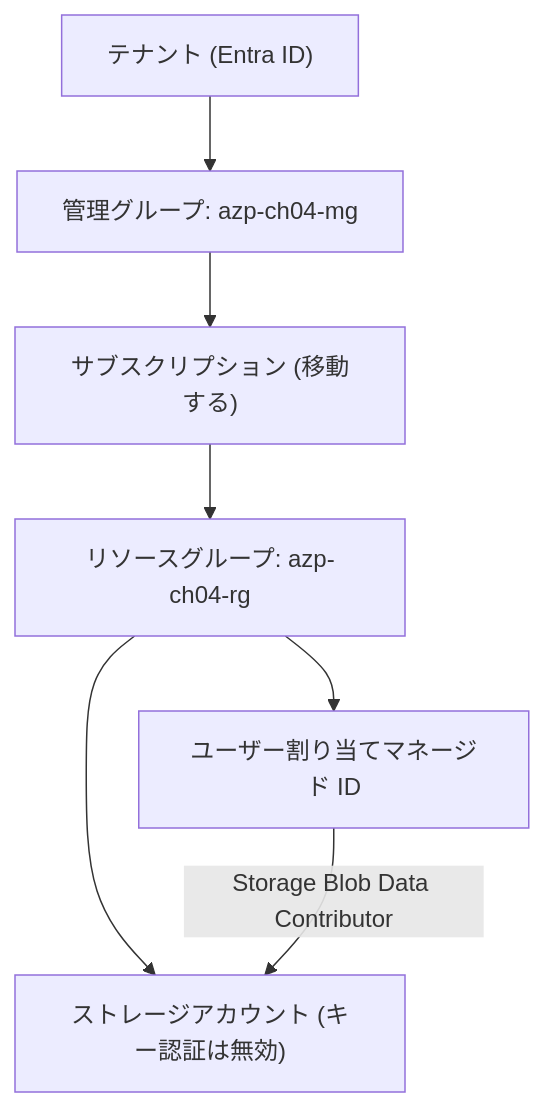
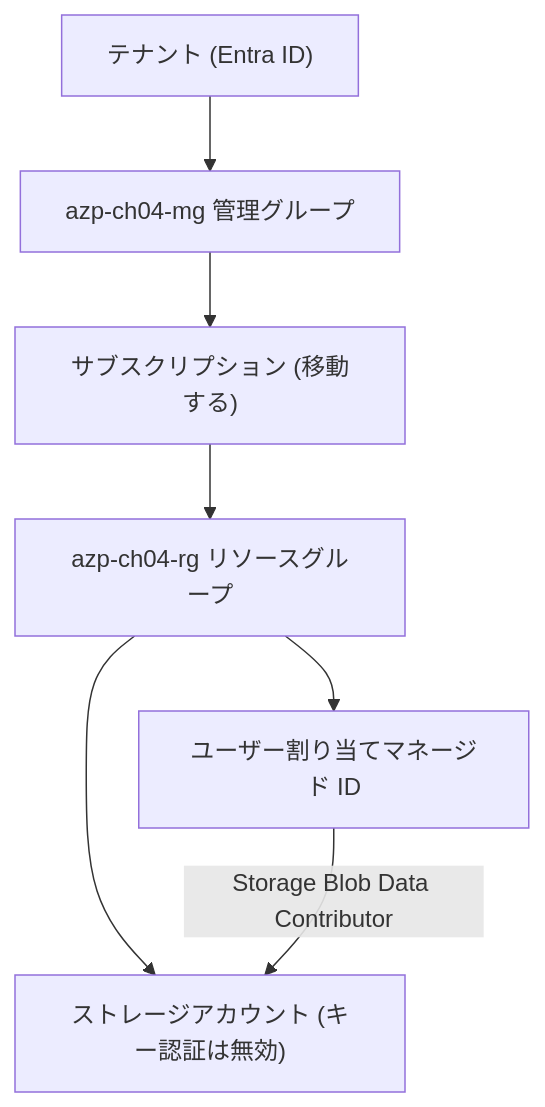
One commit to engineers-hub-ltd-in-house-project/azure-practice changed the diagram in manuscript/part1/04-hands-on-four-layers.md. Above: the diagram before and after it, drawn with Mermaid. The commit also changed 5 other files, not shown here.

First line of the commit message:
docs: 全章の図のノード表記を後置形式に統一する

````diff
--- a/manuscript/part1/04-hands-on-four-layers.md
+++ b/manuscript/part1/04-hands-on-four-layers.md
@@ -9,10 +9,10 @@
 ```mermaid
 flowchart TB
   T["テナント (Entra ID)"]
-  T --> MG["管理グループ: azp-ch04-mg"]
+  T --> MG["azp-ch04-mg 管理グループ"]
   MG --> SUB["サブスクリプション (移動する)"]
-  SUB --> RG["リソースグループ: azp-ch04-rg"]
+  SUB --> RG["azp-ch04-rg リソースグループ"]
   RG --> ST["ストレージアカウント (キー認証は無効)"]
   RG --> ID["ユーザー割り当てマネージド ID"]
   ID -->|"Storage Blob Data Contributor"| ST
 ```
````
